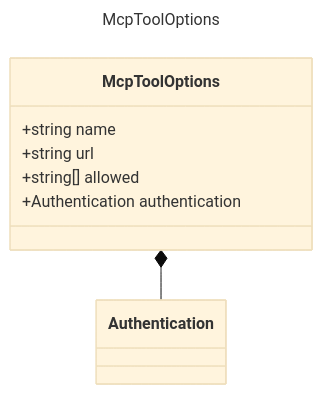
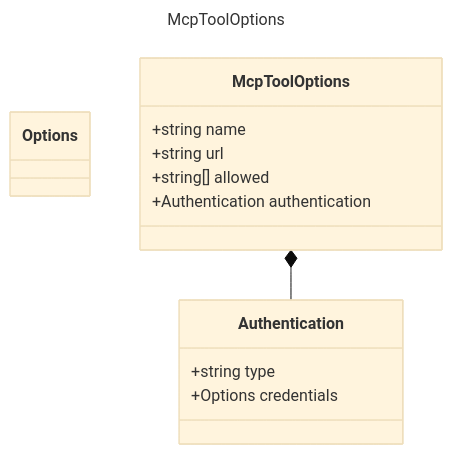
Before and after one commit to microsoft/prompty: the diagram in specification/prompty/docs/McpToolOptions.md, drawn with Mermaid (base theme). The commit also changed 14 other files, not shown here.

````diff
--- a/specification/prompty/docs/McpToolOptions.md
+++ b/specification/prompty/docs/McpToolOptions.md
@@ -7,13 +7,19 @@
 ```mermaid
 ---
 title: McpToolOptions
 ---
 classDiagram
+    class Options {
+    }
+    class Authentication {
+        +string type
+        +Options credentials
+    }
     class McpToolOptions {
         +string name
         +string url
         +string[] allowed
         +Authentication authentication
     }
     McpToolOptions *-- Authentication
 ```
````
